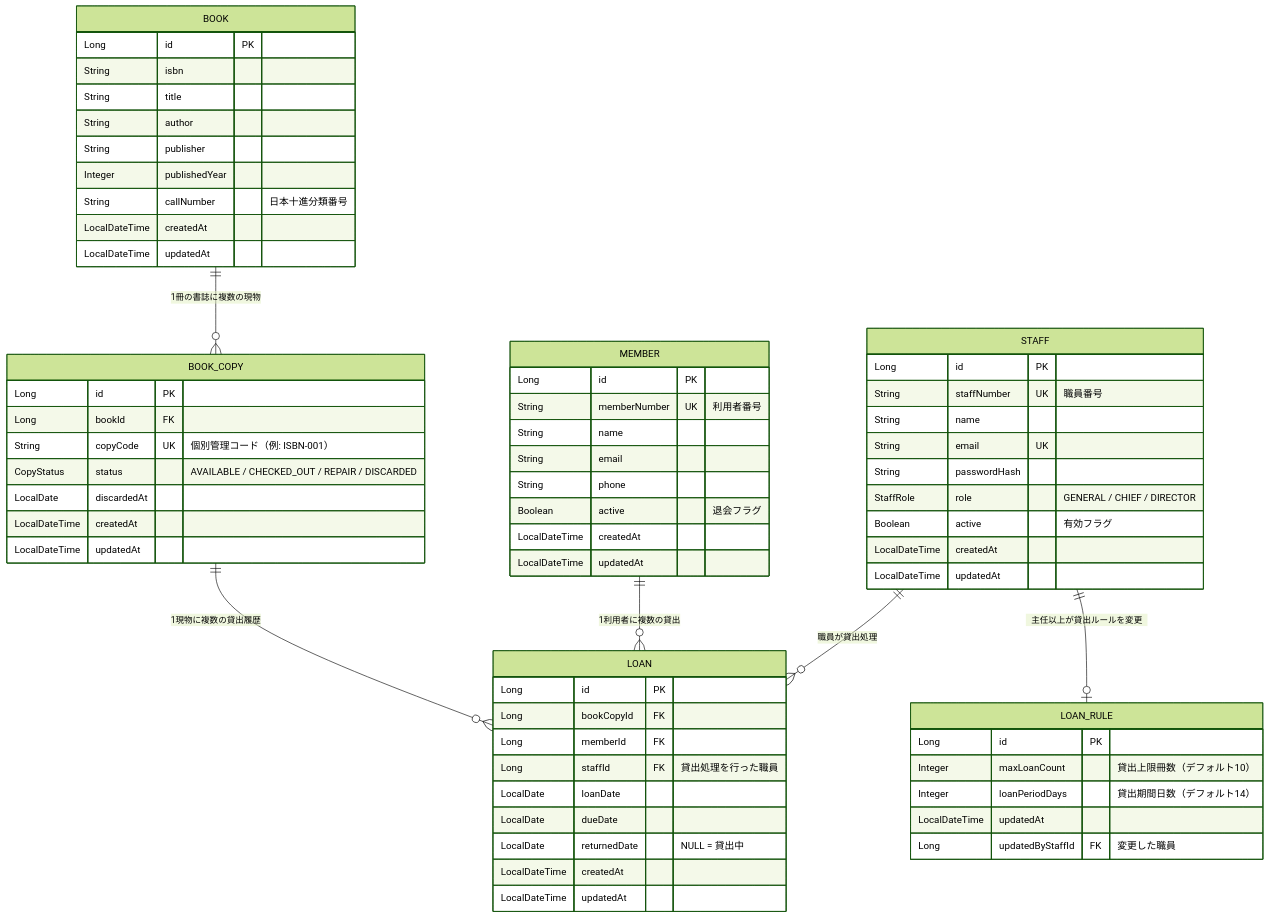
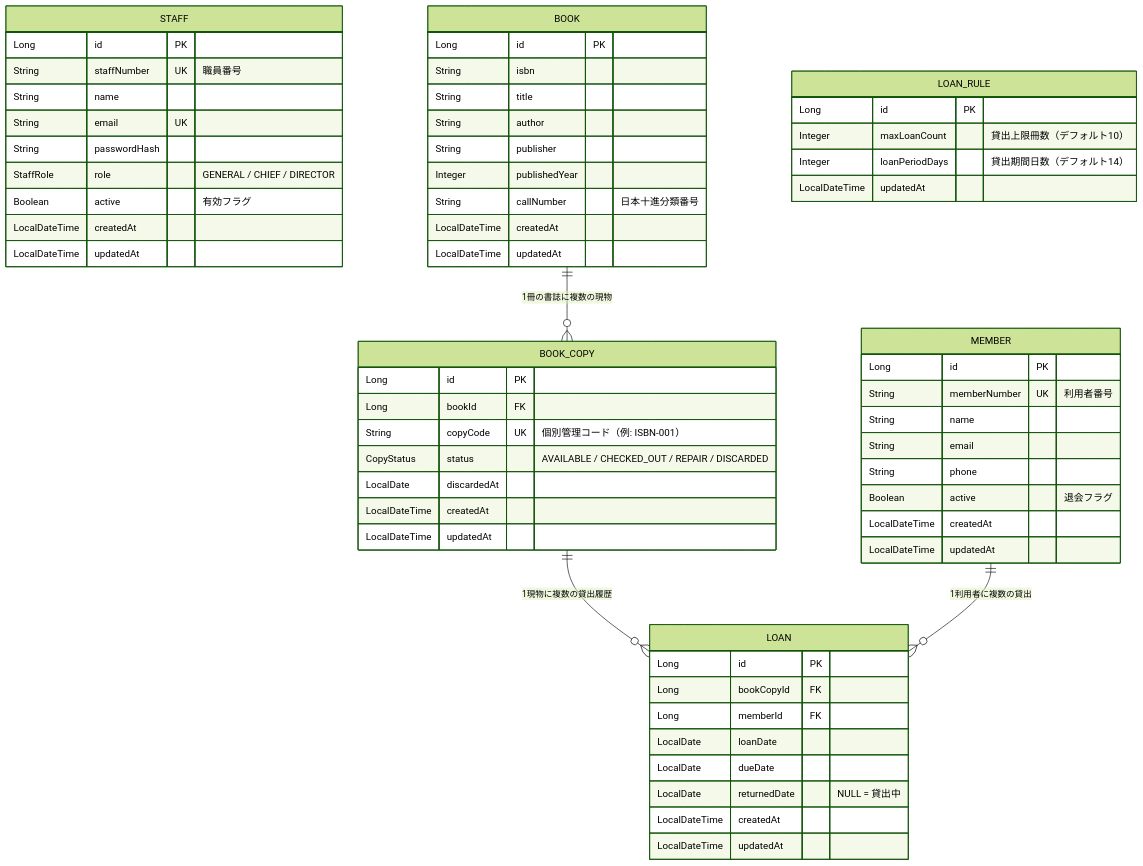
One commit to tnorip/library-app changed the first of 2 diagrams in docs/ARCHITECTURE.md. Above: the diagram before and after it, drawn with Mermaid (forest theme). The commit also changed 19 other files, not shown here.

````diff
--- a/docs/ARCHITECTURE.md
+++ b/docs/ARCHITECTURE.md
@@ -9,74 +9,70 @@
 ```mermaid
 erDiagram
 
     STAFF {
         Long id PK
         String staffNumber UK "職員番号"
         String name
         String email UK
         String passwordHash
         StaffRole role "GENERAL / CHIEF / DIRECTOR"
         Boolean active "有効フラグ"
         LocalDateTime createdAt
         LocalDateTime updatedAt
     }
 
     MEMBER {
         Long id PK
         String memberNumber UK "利用者番号"
         String name
         String email
         String phone
         Boolean active "退会フラグ"
         LocalDateTime createdAt
         LocalDateTime updatedAt
     }
 
     BOOK {
         Long id PK
         String isbn
         String title
         String author
         String publisher
         Integer publishedYear
         String callNumber "日本十進分類番号"
         LocalDateTime createdAt
         LocalDateTime updatedAt
     }
 
     BOOK_COPY {
         Long id PK
         Long bookId FK
         String copyCode UK "個別管理コード（例: ISBN-001）"
         CopyStatus status "AVAILABLE / CHECKED_OUT / REPAIR / DISCARDED"
         LocalDate discardedAt
         LocalDateTime createdAt
         LocalDateTime updatedAt
     }
 
     LOAN {
         Long id PK
         Long bookCopyId FK
         Long memberId FK
-        Long staffId FK "貸出処理を行った職員"
         LocalDate loanDate
         LocalDate dueDate
         LocalDate returnedDate "NULL = 貸出中"
         LocalDateTime createdAt
         LocalDateTime updatedAt
     }
 
     LOAN_RULE {
         Long id PK
         Integer maxLoanCount "貸出上限冊数（デフォルト10）"
         Integer loanPeriodDays "貸出期間日数（デフォルト14）"
         LocalDateTime updatedAt
-        Long updatedByStaffId FK "変更した職員"
     }
 
     BOOK ||--o{ BOOK_COPY : "1冊の書誌に複数の現物"
     BOOK_COPY ||--o{ LOAN : "1現物に複数の貸出履歴"
     MEMBER ||--o{ LOAN : "1利用者に複数の貸出"
-    STAFF ||--o{ LOAN : "職員が貸出処理"
-    STAFF ||--o| LOAN_RULE : "主任以上が貸出ルールを変更"
 ```
````
